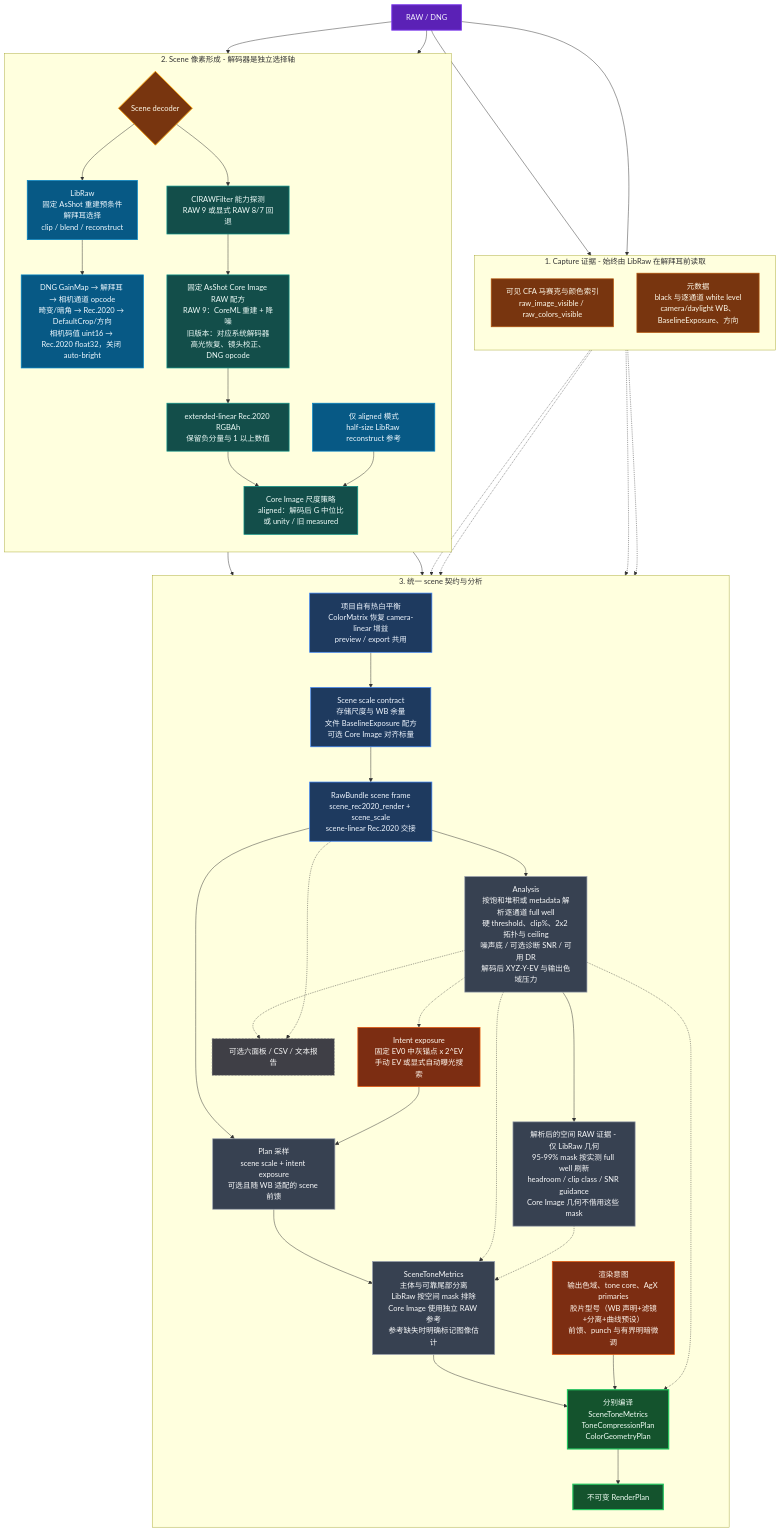
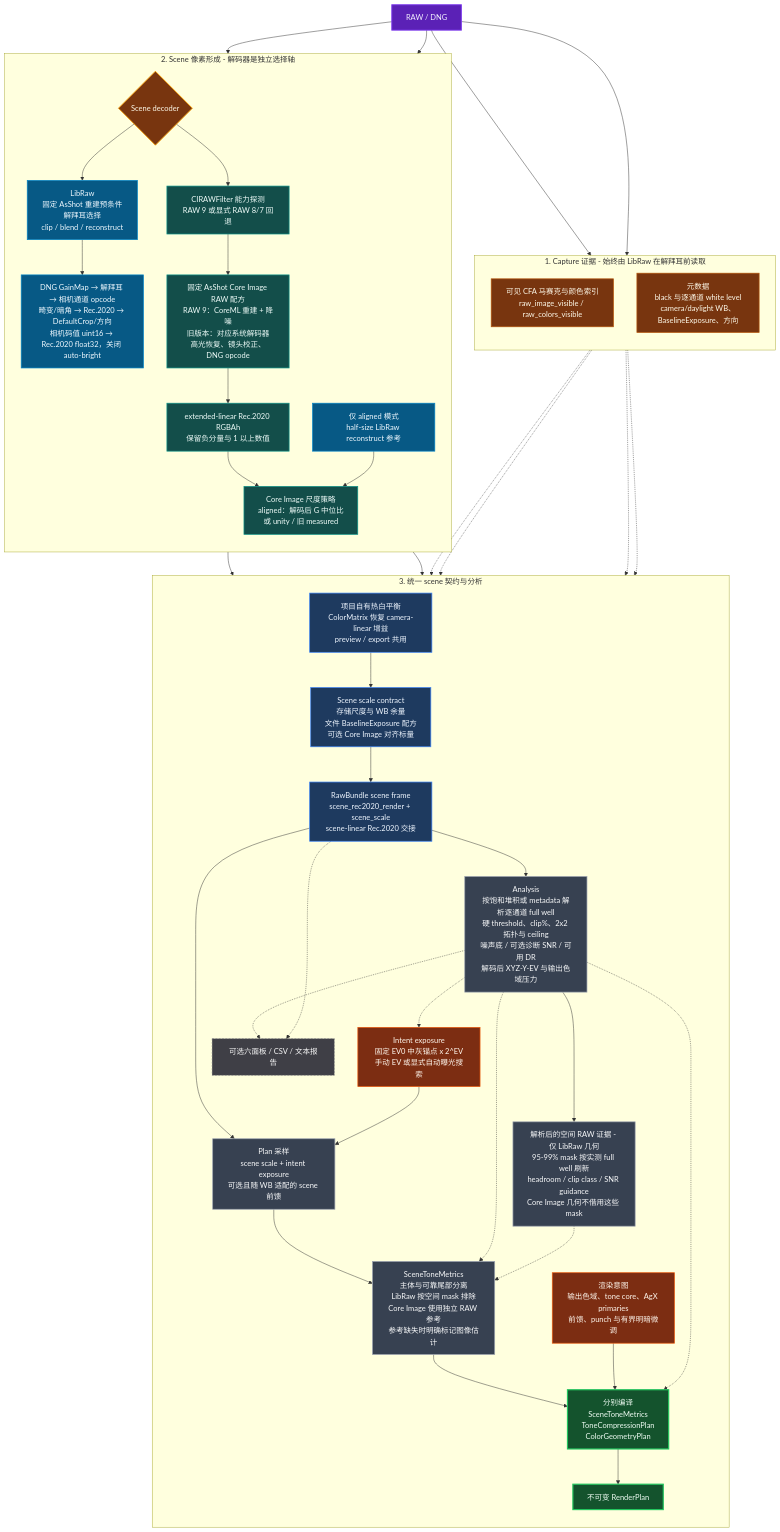
Before and after one commit to Gen-416/AgXRAW: the first of 2 diagrams in docs/ARCHITECTURE.zh-CN.md, drawn with Mermaid. The commit also changed other lines of this file and 455 other files, not shown here.

```diff
--- a/docs/ARCHITECTURE.zh-CN.md
+++ b/docs/ARCHITECTURE.zh-CN.md
@@ -118,7 +107,7 @@
         EV["Intent exposure<br/>固定 EV0 中灰锚点 x 2^EV<br/>手动 EV 或显式自动曝光搜索"]
         SAMPLE["Plan 采样<br/>scene scale + intent exposure<br/>可选且随 WB 适配的 scene 前馈"]
         METRICS["SceneToneMetrics<br/>主体与可靠尾部分离<br/>LibRaw 按空间 mask 排除<br/>Core Image 使用独立 RAW 参考<br/>参考缺失时明确标记图像估计"]
-        CONTROLS["渲染意图<br/>输出色域、tone core、AgX primaries<br/>胶片型号（WB 声明+滤镜+分离+曲线预设）<br/>前馈、punch 与有界明暗微调"]
+        CONTROLS["渲染意图<br/>输出色域、tone core、AgX primaries<br/>前馈、punch 与有界明暗微调"]
         COMPILE["分别编译<br/>SceneToneMetrics<br/>ToneCompressionPlan<br/>ColorGeometryPlan"]
         PLAN["不可变 RenderPlan"]
         REPORTS["可选六面板 / CSV / 文本报告"]
```
